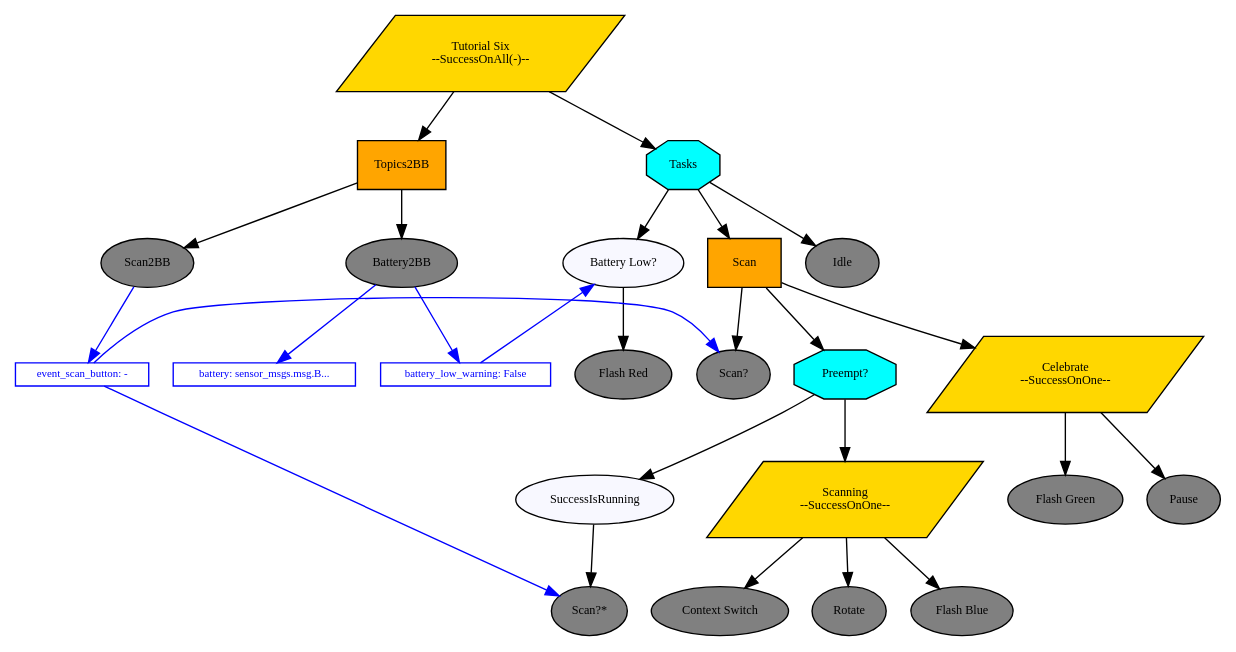
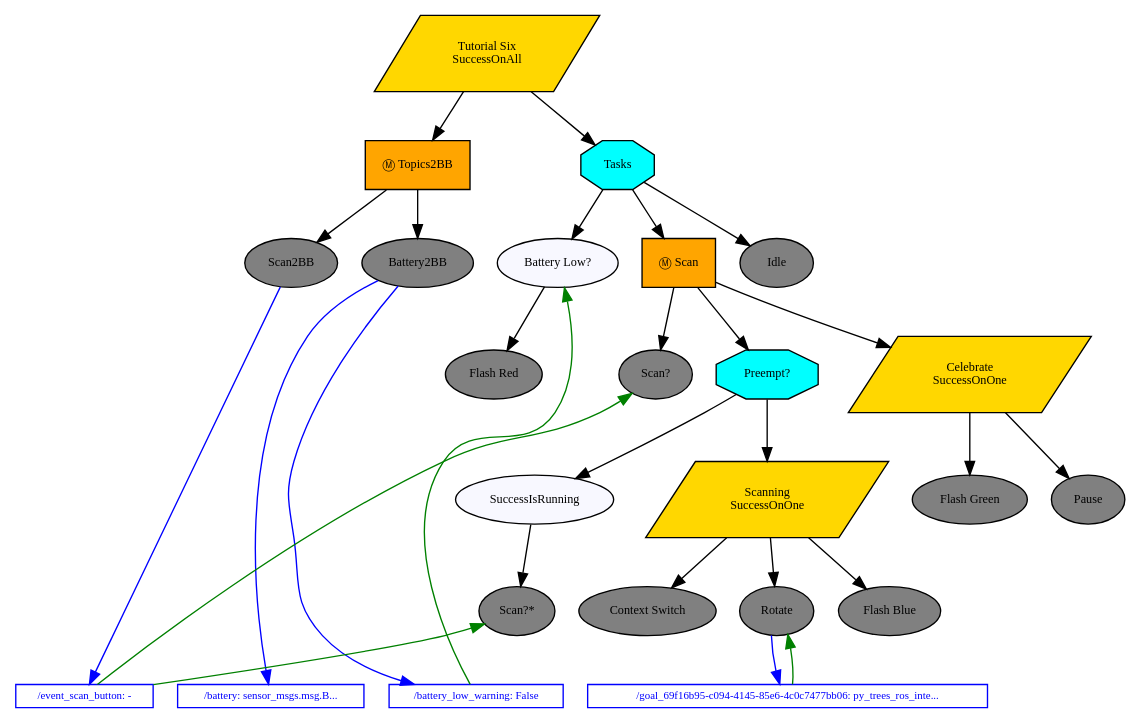
One commit to splintered-reality/py_trees_ros_tutorials changed the diagram in doc/dot/tutorial-six-context-switching.dot. Above: the diagram before and after it, drawn with Graphviz. The commit also changed 8 other files, not shown here.

```diff
--- a/doc/dot/tutorial-six-context-switching.dot
+++ b/doc/dot/tutorial-six-context-switching.dot
@@ -1,105 +1,63 @@
 digraph pastafarianism {
+ordering=out;
 graph [fontname="times-roman"];
 node [fontname="times-roman"];
 edge [fontname="times-roman"];
-"Tutorial Six" [label="Tutorial Six\n--SuccessOnAll(-)--", shape=parallelogram, style=filled, fillcolor=gold, fontsize=9, fontcolor=black];
-Topics2BB [label=Topics2BB, shape=box, style=filled, fillcolor=orange, fontsize=9, fontcolor=black];
+"Tutorial Six" [fillcolor=gold, fontcolor=black, fontsize=9, label="Tutorial Six\nSuccessOnAll", shape=parallelogram, style=filled];
+Topics2BB [fillcolor=orange, fontcolor=black, fontsize=9, label="Ⓜ Topics2BB", shape=box, style=filled];
 "Tutorial Six" -> Topics2BB;
-Scan2BB [label=Scan2BB, shape=ellipse, style=filled, fillcolor=gray, fontsize=9, fontcolor=black];
+Scan2BB [fillcolor=gray, fontcolor=black, fontsize=9, label=Scan2BB, shape=ellipse, style=filled];
 Topics2BB -> Scan2BB;
-Battery2BB [label=Battery2BB, shape=ellipse, style=filled, fillcolor=gray, fontsize=9, fontcolor=black];
+Battery2BB [fillcolor=gray, fontcolor=black, fontsize=9, label=Battery2BB, shape=ellipse, style=filled];
 Topics2BB -> Battery2BB;
-subgraph  {
-label=children_of_Topics2BB;
-rank=same;
-Scan2BB [label=Scan2BB, shape=ellipse, style=filled, fillcolor=gray, fontsize=9, fontcolor=black];
-Battery2BB [label=Battery2BB, shape=ellipse, style=filled, fillcolor=gray, fontsize=9, fontcolor=black];
+Tasks [fillcolor=cyan, fontcolor=black, fontsize=9, label=Tasks, shape=octagon, style=filled];
+"Tutorial Six" -> Tasks;
+"Battery Low?" [fillcolor=ghostwhite, fontcolor=black, fontsize=9, label="Battery Low?", shape=ellipse, style=filled];
+Tasks -> "Battery Low?";
+"Flash Red" [fillcolor=gray, fontcolor=black, fontsize=9, label="Flash Red", shape=ellipse, style=filled];
+"Battery Low?" -> "Flash Red";
+Scan [fillcolor=orange, fontcolor=black, fontsize=9, label="Ⓜ Scan", shape=box, style=filled];
+Tasks -> Scan;
+"Scan?" [fillcolor=gray, fontcolor=black, fontsize=9, label="Scan?", shape=ellipse, style=filled];
+Scan -> "Scan?";
+"Preempt?" [fillcolor=cyan, fontcolor=black, fontsize=9, label="Preempt?", shape=octagon, style=filled];
+Scan -> "Preempt?";
+SuccessIsRunning [fillcolor=ghostwhite, fontcolor=black, fontsize=9, label=SuccessIsRunning, shape=ellipse, style=filled];
+"Preempt?" -> SuccessIsRunning;
+"Scan?*" [fillcolor=gray, fontcolor=black, fontsize=9, label="Scan?*", shape=ellipse, style=filled];
+SuccessIsRunning -> "Scan?*";
+Scanning [fillcolor=gold, fontcolor=black, fontsize=9, label="Scanning\nSuccessOnOne", shape=parallelogram, style=filled];
+"Preempt?" -> Scanning;
+"Context Switch" [fillcolor=gray, fontcolor=black, fontsize=9, label="Context Switch", shape=ellipse, style=filled];
+Scanning -> "Context Switch";
+Rotate [fillcolor=gray, fontcolor=black, fontsize=9, label=Rotate, shape=ellipse, style=filled];
+Scanning -> Rotate;
+"Flash Blue" [fillcolor=gray, fontcolor=black, fontsize=9, label="Flash Blue", shape=ellipse, style=filled];
+Scanning -> "Flash Blue";
+Celebrate [fillcolor=gold, fontcolor=black, fontsize=9, label="Celebrate\nSuccessOnOne", shape=parallelogram, style=filled];
+Scan -> Celebrate;
+"Flash Green" [fillcolor=gray, fontcolor=black, fontsize=9, label="Flash Green", shape=ellipse, style=filled];
+Celebrate -> "Flash Green";
+Pause [fillcolor=gray, fontcolor=black, fontsize=9, label=Pause, shape=ellipse, style=filled];
+Celebrate -> Pause;
+Idle [fillcolor=gray, fontcolor=black, fontsize=9, label=Idle, shape=ellipse, style=filled];
+Tasks -> Idle;
+"/goal_69f16b95-c094-4145-85e6-4c0c7477bb06" -> Rotate  [color=green, constraint=False, weight=0];
+Rotate -> "/goal_69f16b95-c094-4145-85e6-4c0c7477bb06"  [color=blue, constraint=False, weight=0];
+"/event_scan_button" -> "Scan?*"  [color=green, constraint=False, weight=0];
+"/event_scan_button" -> "Scan?"  [color=green, constraint=False, weight=0];
+Scan2BB -> "/event_scan_button"  [color=blue, constraint=False, weight=0];
+Battery2BB -> "/battery"  [color=blue, constraint=False, weight=0];
+"/battery_low_warning" -> "Battery Low?"  [color=green, constraint=False, weight=0];
+Battery2BB -> "/battery_low_warning"  [color=blue, constraint=False, weight=0];
+subgraph Blackboard {
+id=Blackboard;
+label=Blackboard;
+rank=sink;
+"/goal_69f16b95-c094-4145-85e6-4c0c7477bb06" [color=blue, fillcolor=white, fixedsize=False, fontcolor=blue, fontsize=8, height=0, label="/goal_69f16b95-c094-4145-85e6-4c0c7477bb06: py_trees_ros_inte...", shape=box, style=filled, width=0];
+"/event_scan_button" [color=blue, fillcolor=white, fixedsize=False, fontcolor=blue, fontsize=8, height=0, label="/event_scan_button: -", shape=box, style=filled, width=0];
+"/battery" [color=blue, fillcolor=white, fixedsize=False, fontcolor=blue, fontsize=8, height=0, label="/battery: sensor_msgs.msg.B...", shape=box, style=filled, width=0];
+"/battery_low_warning" [color=blue, fillcolor=white, fixedsize=False, fontcolor=blue, fontsize=8, height=0, label="/battery_low_warning: False", shape=box, style=filled, width=0];
 }
 
-Tasks [label=Tasks, shape=octagon, style=filled, fillcolor=cyan, fontsize=9, fontcolor=black];
-"Tutorial Six" -> Tasks;
-"Battery Low?" [label="Battery Low?", shape=ellipse, style=filled, fillcolor=ghostwhite, fontsize=9, fontcolor=black];
-Tasks -> "Battery Low?";
-"Flash Red" [label="Flash Red", shape=ellipse, style=filled, fillcolor=gray, fontsize=9, fontcolor=black];
-"Battery Low?" -> "Flash Red";
-Scan [label=Scan, shape=box, style=filled, fillcolor=orange, fontsize=9, fontcolor=black];
-Tasks -> Scan;
-"Scan?" [label="Scan?", shape=ellipse, style=filled, fillcolor=gray, fontsize=9, fontcolor=black];
-Scan -> "Scan?";
-"Preempt?" [label="Preempt?", shape=octagon, style=filled, fillcolor=cyan, fontsize=9, fontcolor=black];
-Scan -> "Preempt?";
-SuccessIsRunning [label=SuccessIsRunning, shape=ellipse, style=filled, fillcolor=ghostwhite, fontsize=9, fontcolor=black];
-"Preempt?" -> SuccessIsRunning;
-"Scan?*" [label="Scan?*", shape=ellipse, style=filled, fillcolor=gray, fontsize=9, fontcolor=black];
-SuccessIsRunning -> "Scan?*";
-Scanning [label="Scanning\n--SuccessOnOne--", shape=parallelogram, style=filled, fillcolor=gold, fontsize=9, fontcolor=black];
-"Preempt?" -> Scanning;
-"Context Switch" [label="Context Switch", shape=ellipse, style=filled, fillcolor=gray, fontsize=9, fontcolor=black];
-Scanning -> "Context Switch";
-Rotate [label=Rotate, shape=ellipse, style=filled, fillcolor=gray, fontsize=9, fontcolor=black];
-Scanning -> Rotate;
-"Flash Blue" [label="Flash Blue", shape=ellipse, style=filled, fillcolor=gray, fontsize=9, fontcolor=black];
-Scanning -> "Flash Blue";
-subgraph  {
-label=children_of_Scanning;
-rank=same;
-"Context Switch" [label="Context Switch", shape=ellipse, style=filled, fillcolor=gray, fontsize=9, fontcolor=black];
-Rotate [label=Rotate, shape=ellipse, style=filled, fillcolor=gray, fontsize=9, fontcolor=black];
-"Flash Blue" [label="Flash Blue", shape=ellipse, style=filled, fillcolor=gray, fontsize=9, fontcolor=black];
 }
-
-subgraph  {
-label="children_of_Preempt?";
-rank=same;
-SuccessIsRunning [label=SuccessIsRunning, shape=ellipse, style=filled, fillcolor=ghostwhite, fontsize=9, fontcolor=black];
-Scanning [label="Scanning\n--SuccessOnOne--", shape=parallelogram, style=filled, fillcolor=gold, fontsize=9, fontcolor=black];
-}
-
-Celebrate [label="Celebrate\n--SuccessOnOne--", shape=parallelogram, style=filled, fillcolor=gold, fontsize=9, fontcolor=black];
-Scan -> Celebrate;
-"Flash Green" [label="Flash Green", shape=ellipse, style=filled, fillcolor=gray, fontsize=9, fontcolor=black];
-Celebrate -> "Flash Green";
-Pause [label=Pause, shape=ellipse, style=filled, fillcolor=gray, fontsize=9, fontcolor=black];
-Celebrate -> Pause;
-subgraph  {
-label=children_of_Celebrate;
-rank=same;
-"Flash Green" [label="Flash Green", shape=ellipse, style=filled, fillcolor=gray, fontsize=9, fontcolor=black];
-Pause [label=Pause, shape=ellipse, style=filled, fillcolor=gray, fontsize=9, fontcolor=black];
-}
-
-subgraph  {
-label=children_of_Scan;
-rank=same;
-"Scan?" [label="Scan?", shape=ellipse, style=filled, fillcolor=gray, fontsize=9, fontcolor=black];
-"Preempt?" [label="Preempt?", shape=octagon, style=filled, fillcolor=cyan, fontsize=9, fontcolor=black];
-Celebrate [label="Celebrate\n--SuccessOnOne--", shape=parallelogram, style=filled, fillcolor=gold, fontsize=9, fontcolor=black];
-}
-
-Idle [label=Idle, shape=ellipse, style=filled, fillcolor=gray, fontsize=9, fontcolor=black];
-Tasks -> Idle;
-subgraph  {
-label=children_of_Tasks;
-rank=same;
-"Battery Low?" [label="Battery Low?", shape=ellipse, style=filled, fillcolor=ghostwhite, fontsize=9, fontcolor=black];
-Scan [label=Scan, shape=box, style=filled, fillcolor=orange, fontsize=9, fontcolor=black];
-Idle [label=Idle, shape=ellipse, style=filled, fillcolor=gray, fontsize=9, fontcolor=black];
-}
-
-subgraph  {
-label="children_of_Tutorial Six";
-rank=same;
-Topics2BB [label=Topics2BB, shape=box, style=filled, fillcolor=orange, fontsize=9, fontcolor=black];
-Tasks [label=Tasks, shape=octagon, style=filled, fillcolor=cyan, fontsize=9, fontcolor=black];
-}
-
-event_scan_button [label="event_scan_button: -", shape=box, style=filled, color=blue, fillcolor=white, fontsize=8, fontcolor=blue, width=0, height=0, fixedsize=False];
-event_scan_button -> "Scan?"  [color=blue, constraint=False];
-event_scan_button -> "Scan?*"  [color=blue, constraint=False];
-Scan2BB -> event_scan_button  [color=blue, constraint=True];
-battery [label="battery: sensor_msgs.msg.B...", shape=box, style=filled, color=blue, fillcolor=white, fontsize=8, fontcolor=blue, width=0, height=0, fixedsize=False];
-Battery2BB -> battery  [color=blue, constraint=True];
-battery_low_warning [label="battery_low_warning: False", shape=box, style=filled, color=blue, fillcolor=white, fontsize=8, fontcolor=blue, width=0, height=0, fixedsize=False];
-battery_low_warning -> "Battery Low?"  [color=blue, constraint=False];
-Battery2BB -> battery_low_warning  [color=blue, constraint=True];
-}
```
